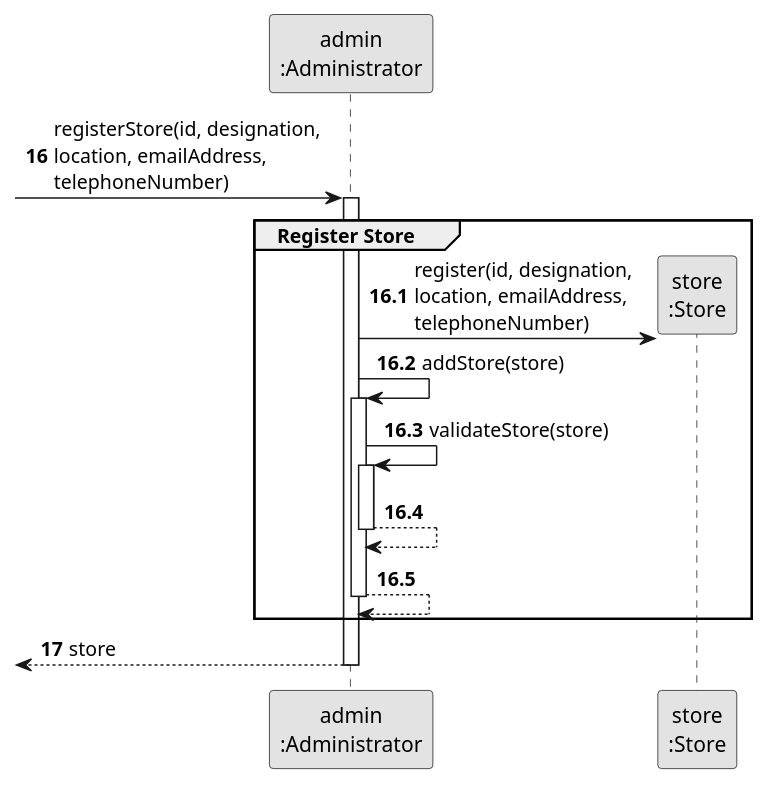
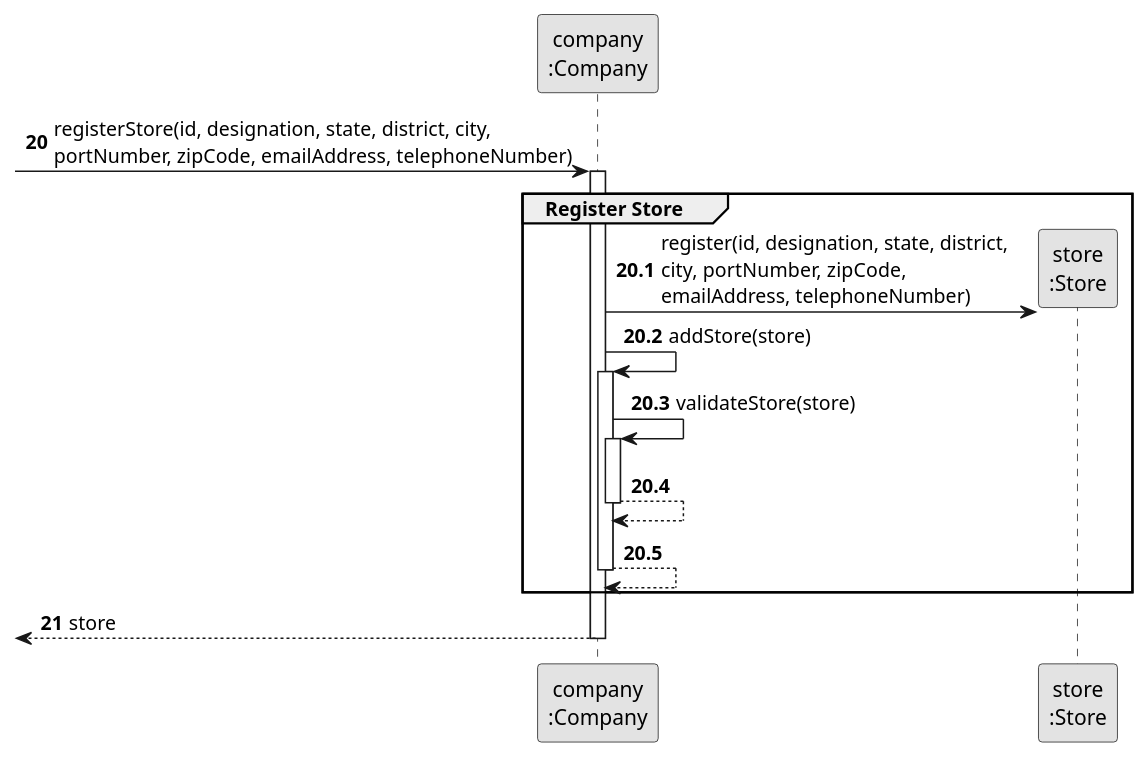
The diagram in docs/Sprint-B/US005/03.design/puml/us005-sequence-diagram-partial-register-store.puml (Rodrick0209/ISEP-LAPR2-22-23), drawn with PlantUML before and after one commit. The commit also changed 15 other files, not shown here.

Commit message:
US006 Design (SD & Class Diagram)

```diff
--- a/docs/Sprint-B/US005/03.design/puml/us005-sequence-diagram-partial-register-store.puml
+++ b/docs/Sprint-B/US005/03.design/puml/us005-sequence-diagram-partial-register-store.puml
@@ -1,34 +1,34 @@
 @startuml
 skinparam monochrome true
 skinparam packageStyle rectangle
 skinparam shadowing false
 
-participant "admin\n:Administrator" as Admin
+participant "company\n:Company" as Company
 participant "store\n:Store" as Store
 
-autonumber 16
--> Admin: registerStore(id, designation, \nlocation, emailAddress, \ntelephoneNumber)
+autonumber 20
+-> Company: registerStore(id, designation, state, district, city, \nportNumber, zipCode, emailAddress, telephoneNumber)
 
-autonumber 16.1
-activate Admin
+autonumber 20.1
+activate Company
     group Register Store
 
-        Admin -> Store**: register(id, designation,\nlocation, emailAddress, \ntelephoneNumber)
-        Admin -> Admin: addStore(store)
+        Company -> Store**: register(id, designation, state, district, \ncity, portNumber, zipCode, \nemailAddress, telephoneNumber)
+            Company -> Company: addStore(store)
+            deactivate Store
+        activate Company
+            Company -> Company: validateStore(store)
+            activate Company
+                Company --> Company
+            deactivate Company
 
-        activate Admin
-            Admin -> Admin: validateStore(store)
-            activate Admin
-                Admin --> Admin
-            deactivate Admin
-
-            Admin --> Admin
-        deactivate Admin
+            Company --> Company
+        deactivate Company
     end
 
-    autonumber 17
-    <-- Admin : store
-deactivate Admin
+    autonumber 21
+    <-- Company : store
+deactivate Company
 
 
 @enduml
```
